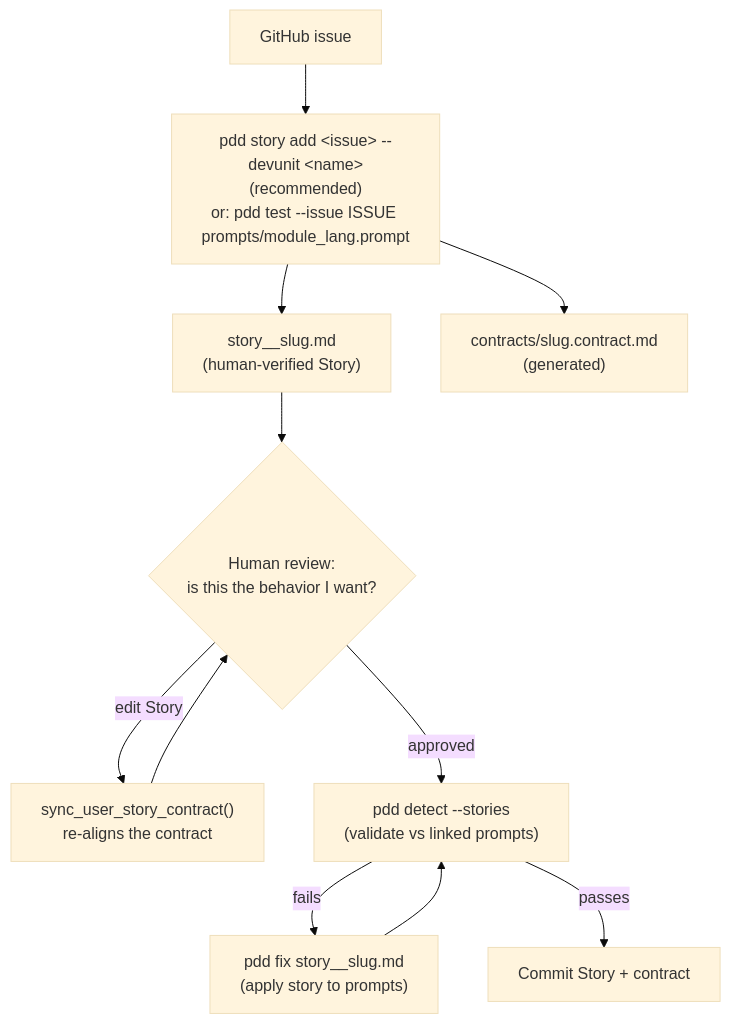
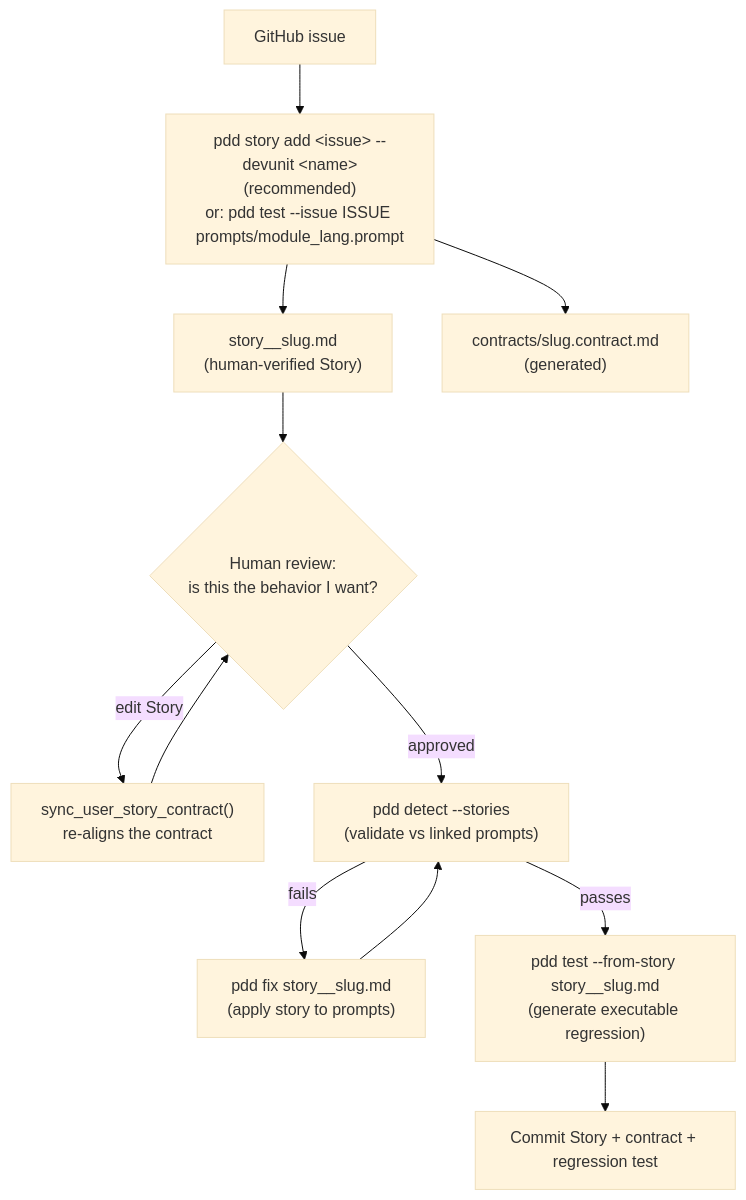
The diagram in docs/generating_user_stories.md (promptdriven/pdd), drawn with Mermaid (base theme) before and after one commit. The commit also changed other lines of this file and 26 other files, not shown here.

Commit message:
feat(story): complete executable regression epic

````diff
--- a/docs/generating_user_stories.md
+++ b/docs/generating_user_stories.md
@@ -52,13 +52,14 @@
 ```mermaid
 flowchart TD
     A[GitHub issue] --> B["pdd story add &lt;issue&gt; --devunit &lt;name&gt;<br/>(recommended)<br/>or: pdd test --issue ISSUE prompts/module_lang.prompt"]
     B --> C["story__slug.md<br/>(human-verified Story)"]
     B --> D["contracts/slug.contract.md<br/>(generated)"]
     C --> E{"Human review:<br/>is this the behavior I want?"}
     E -- edit Story --> F["sync_user_story_contract()<br/>re-aligns the contract"]
     F --> E
     E -- approved --> G["pdd detect --stories<br/>(validate vs linked prompts)"]
     G -- fails --> H["pdd fix story__slug.md<br/>(apply story to prompts)"]
     H --> G
-    G -- passes --> I[Commit Story + contract]
+    G -- passes --> I["pdd test --from-story story__slug.md<br/>(generate executable regression)"]
+    I --> J[Commit Story + contract + regression test]
 ```
````
